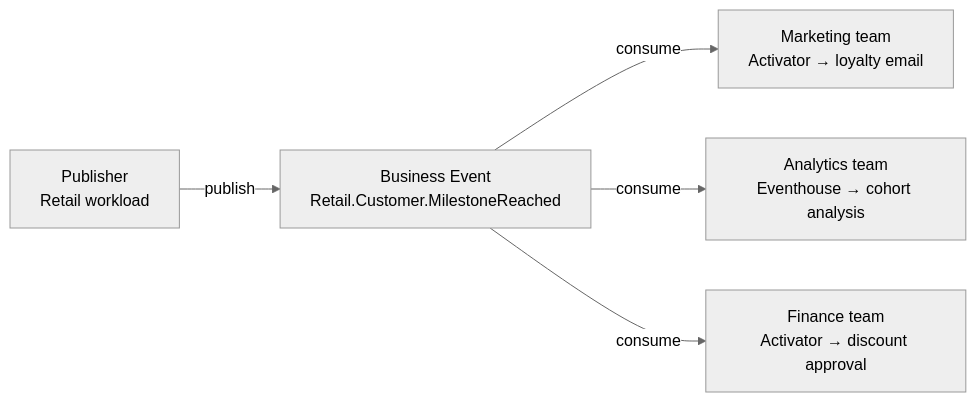
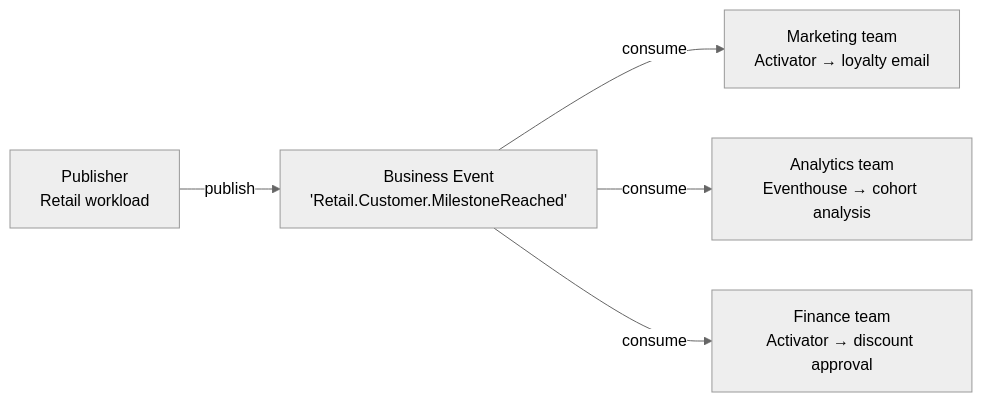
The fourth of 4 diagrams in docs/business-events/design-guides/multi-consumer-fanout.md (microsoft/fabric-events), drawn with Mermaid (neutral theme) before and after one commit. The commit also changed other lines of this file and 9 other files, not shown here.

First line of the commit message:
Standardize Business Event diagram nodes across all articles

````diff
--- a/docs/business-events/design-guides/multi-consumer-fanout.md
+++ b/docs/business-events/design-guides/multi-consumer-fanout.md
@@ -49,7 +49,7 @@
 ```mermaid
 flowchart LR
-    P[Publisher\nRetail workload] -->|publish| BE[Business Event\nRetail.Customer.MilestoneReached]
+    P[Publisher\nRetail workload] -->|publish| BE[Business Event\n'Retail.Customer.MilestoneReached']
     BE -->|consume| A[Marketing team\nActivator → loyalty email]
     BE -->|consume| B[Analytics team\nEventhouse → cohort analysis]
     BE -->|consume| C[Finance team\nActivator → discount approval]
 ```
````
